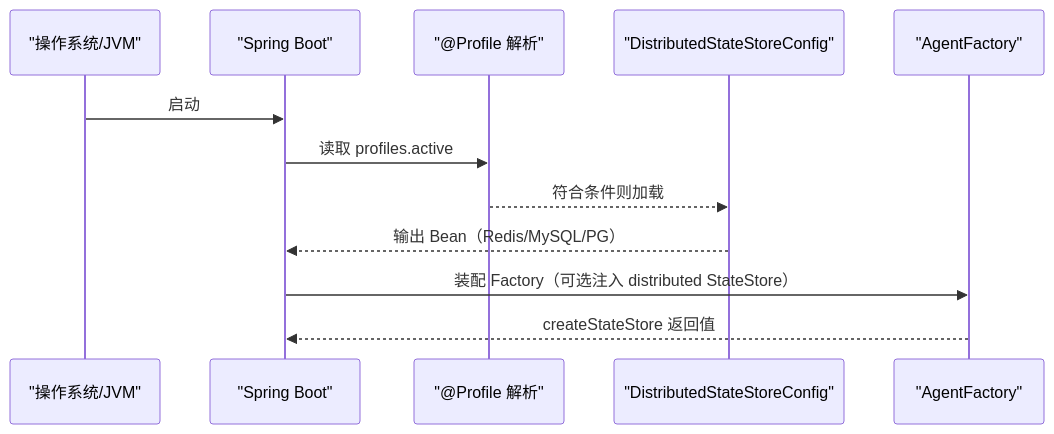
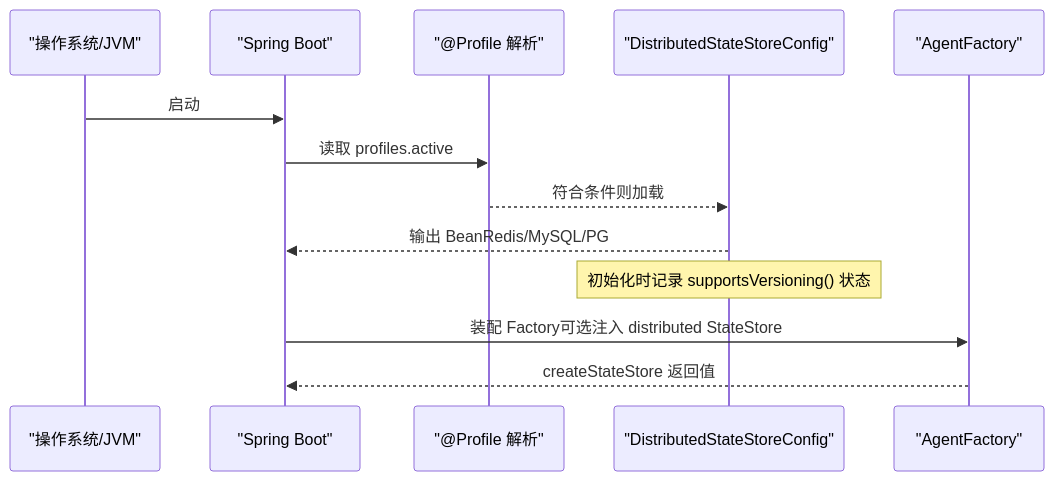
The sixth of 6 diagrams in .qoder/repowiki/zh/content/部署与运维/存储后端配置.md (tinyhu/agentscope-demo), drawn with Mermaid before and after one commit. The commit also changed other lines of this file and 111 other files, not shown here.

````diff
--- a/.qoder/repowiki/zh/content/部署与运维/存储后端配置.md
+++ b/.qoder/repowiki/zh/content/部署与运维/存储后端配置.md
@@ -296,15 +356,15 @@
 ```mermaid
 sequenceDiagram
-    participant OS as "操作系统/JVM"
-    participant SB as "Spring Boot"
-    participant P as "@Profile 解析"
-    participant C as "DistributedStateStoreConfig"
-    participant F as "AgentFactory"
-
-    OS->>SB: 启动
-    SB->>P: 读取 profiles.active
-    P-->>C: 符合条件则加载
-    C-->>SB: 输出 Bean（Redis/MySQL/PG）
-    SB->>F: 装配 Factory（可选注入 distributed StateStore）
-    F-->>SB: createStateStore 返回值
+participant OS as "操作系统/JVM"
+participant SB as "Spring Boot"
+participant P as "@Profile 解析"
+participant C as "DistributedStateStoreConfig"
+participant F as "AgentFactory"
+OS->>SB : 启动
+SB->>P : 读取 profiles.active
+P-->>C : 符合条件则加载
+C-->>SB : 输出 BeanRedis/MySQL/PG
+Note over C : 初始化时记录 supportsVersioning() 状态
+SB->>F : 装配 Factory可选注入 distributed StateStore
+F-->>SB : createStateStore 返回值
 ```
````
